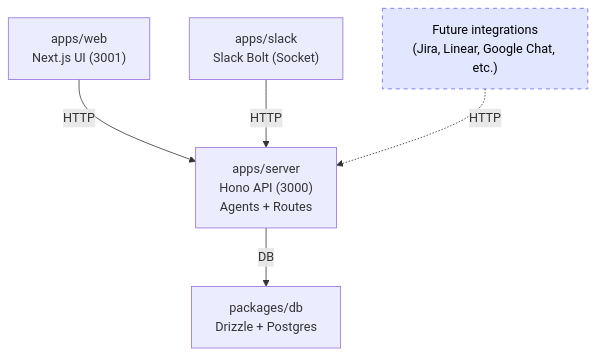
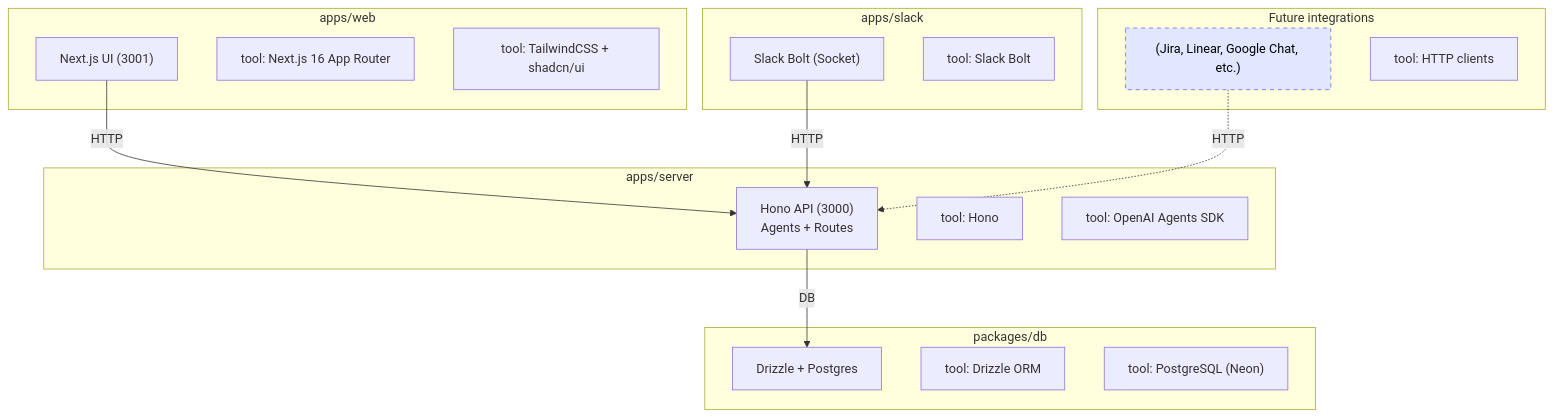
Before and after one commit to harsh-m-patil/hermes: the first of 3 diagrams in README.md, drawn with Mermaid. The commit also changed other lines of this file, not shown here.

Commit message:
update diagram in README.md

````diff
--- a/README.md
+++ b/README.md
@@ -63,9 +63,37 @@
 ```mermaid
 flowchart TB
-  web["apps/web<br/>Next.js UI (3001)"] -->|HTTP| server["apps/server<br/>Hono API (3000)<br/>Agents + Routes"]
-  slack["apps/slack<br/>Slack Bolt (Socket)"] -->|HTTP| server
-  future["Future integrations<br/>(Jira, Linear, Google Chat, etc.)"] -.->|HTTP| server
-  server -->|DB| db["packages/db<br/>Drizzle + Postgres"]
-  
+  subgraph web_group["apps/web"]
+    web["Next.js UI (3001)"]
+    web_tool_next["tool: Next.js 16 App Router"]
+    web_tool_ui["tool: TailwindCSS + shadcn/ui"]
+  end
+
+  subgraph server_group["apps/server"]
+    server["Hono API (3000)<br/>Agents + Routes"]
+    server_tool_hono["tool: Hono"]
+    server_tool_agents["tool: OpenAI Agents SDK"]
+  end
+
+  subgraph slack_group["apps/slack"]
+    slack["Slack Bolt (Socket)"]
+    slack_tool_bolt["tool: Slack Bolt"]
+  end
+
+  subgraph future_group["Future integrations"]
+    future["(Jira, Linear, Google Chat, etc.)"]
+    future_tool_http["tool: HTTP clients"]
+  end
+
+  subgraph db_group["packages/db"]
+    db["Drizzle + Postgres"]
+    db_tool_drizzle["tool: Drizzle ORM"]
+    db_tool_pg["tool: PostgreSQL (Neon)"]
+  end
+
+  web -->|HTTP| server
+  slack -->|HTTP| server
+  future -.->|HTTP| server
+  server -->|DB| db
+
   style future fill:#e0e7ff,stroke:#6366f1,stroke-dasharray: 5 5,color:#000
 ```
````
